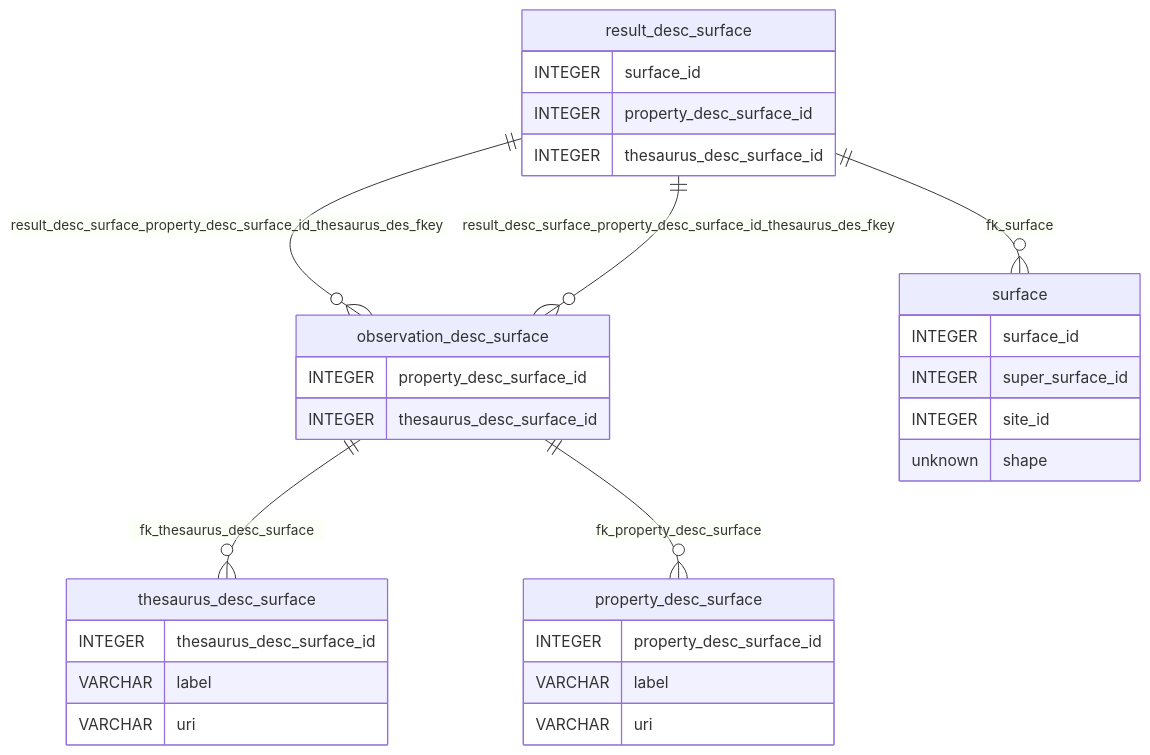
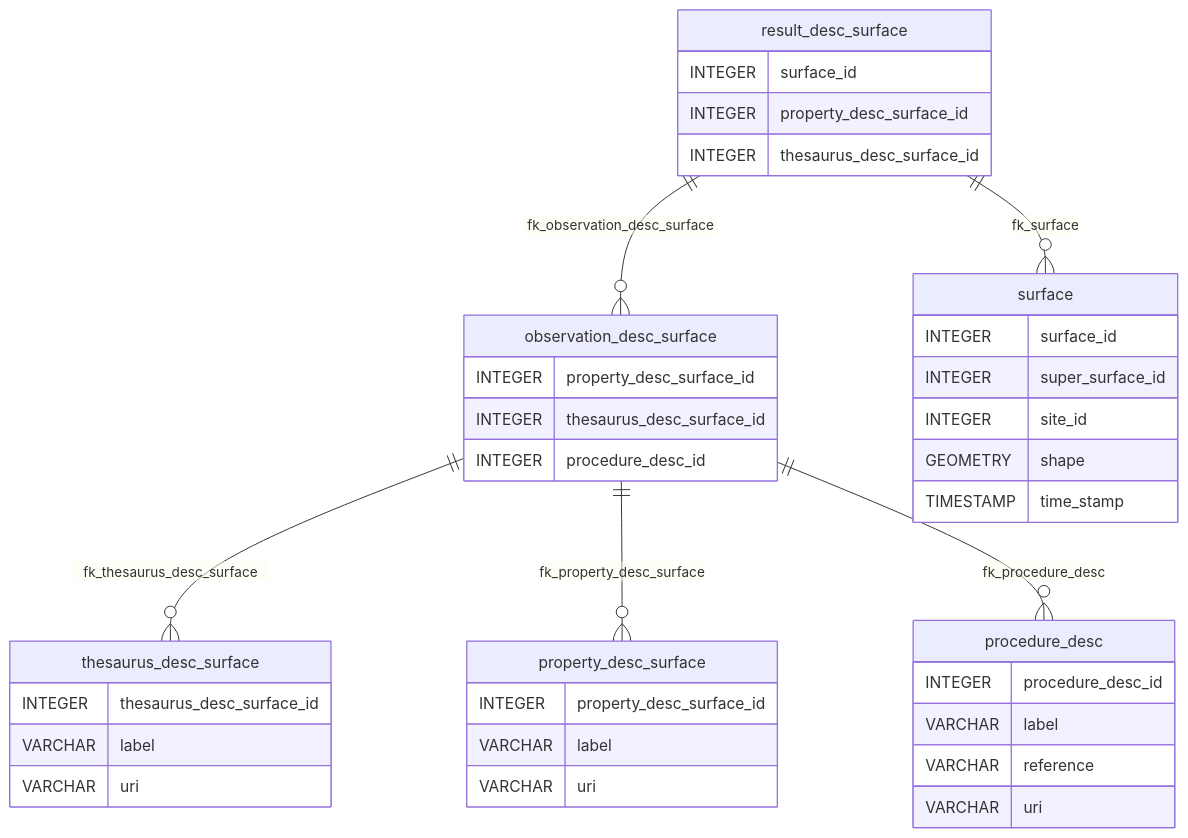
Before and after one commit to ISRICWorldSoil/iso-28258: the third of 5 diagrams in README.md, drawn with Mermaid. The commit also changed other lines of this file and 4 other files, not shown here.

````diff
--- a/README.md
+++ b/README.md
@@ -137,33 +143,41 @@
 ```mermaid
 erDiagram
   observation_desc_surface {
     INTEGER property_desc_surface_id
     INTEGER thesaurus_desc_surface_id
+    INTEGER procedure_desc_id
+  }
+  procedure_desc {
+    INTEGER procedure_desc_id
+    VARCHAR label
+    VARCHAR reference
+    VARCHAR uri
   }
   surface {
     INTEGER surface_id
     INTEGER super_surface_id
     INTEGER site_id
-    unknown shape
+    GEOMETRY shape
+    TIMESTAMP time_stamp
   }
   property_desc_surface {
     INTEGER property_desc_surface_id
     VARCHAR label
     VARCHAR uri
   }
   result_desc_surface {
     INTEGER surface_id
     INTEGER property_desc_surface_id
     INTEGER thesaurus_desc_surface_id
   }
   thesaurus_desc_surface {
     INTEGER thesaurus_desc_surface_id
     VARCHAR label
     VARCHAR uri
   }
   observation_desc_surface ||--o{ thesaurus_desc_surface : fk_thesaurus_desc_surface
   observation_desc_surface ||--o{ property_desc_surface : fk_property_desc_surface
-  result_desc_surface ||--o{ observation_desc_surface : result_desc_surface_property_desc_surface_id_thesaurus_des_fkey
-  result_desc_surface ||--o{ observation_desc_surface : result_desc_surface_property_desc_surface_id_thesaurus_des_fkey
+  observation_desc_surface ||--o{ procedure_desc : fk_procedure_desc
+  result_desc_surface ||--o{ observation_desc_surface : fk_observation_desc_surface
   result_desc_surface ||--o{ surface : fk_surface
 ```
````
